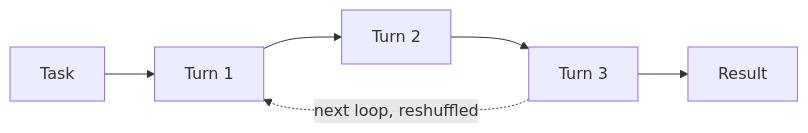
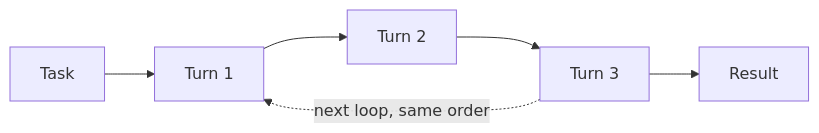
Before and after one commit to The-Swarm-Corporation/swarms-api-docs: the diagram in docs/documentation/multi-agent/round_robin.mdx, drawn with Mermaid. The commit also changed other lines of this file and 118 other files, not shown here.

````diff
--- a/docs/documentation/multi-agent/round_robin.mdx
+++ b/docs/documentation/multi-agent/round_robin.mdx
@@ -21,5 +20,5 @@
 ```mermaid
 flowchart LR
     T["Task"] --> A["Turn 1"] --> B["Turn 2"] --> C["Turn 3"] --> O["Result"]
-    C -.->|"next loop, reshuffled"| A
+    C -.->|"next loop, same order"| A
 ```
````
